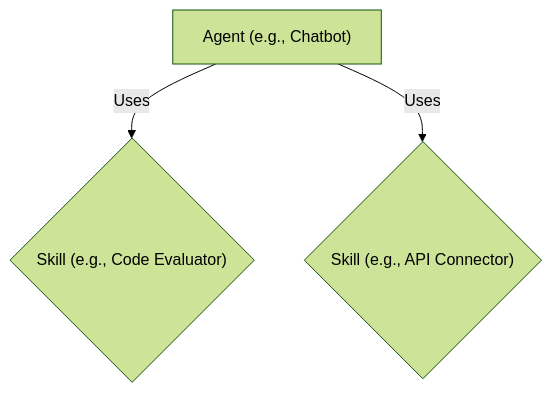
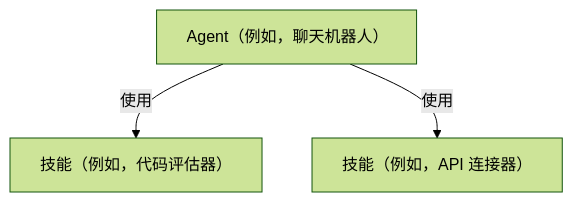
The first of 2 diagrams in packages/cli/docs/core-concepts-agents-and-skills.zh.md (AIGNE-io/aigne-framework), drawn with Mermaid (forest theme) before and after one commit. The commit also changed other lines of this file and 39 other files, not shown here.

````diff
--- a/packages/cli/docs/core-concepts-agents-and-skills.zh.md
+++ b/packages/cli/docs/core-concepts-agents-and-skills.zh.md
@@ -5,5 +9,5 @@
 ```mermaid
 graph TD;
-    A["Agent (e.g., Chatbot)"] -- "Uses" --> B{"Skill (e.g., Code Evaluator)"};
-    A["Agent (e.g., Chatbot)"] -- "Uses" --> C{"Skill (e.g., API Connector)"};
+    A["Agent（例如，聊天机器人）"] -- "使用" --> B["技能（例如，代码评估器）"];
+    A["Agent（例如，聊天机器人）"] -- "使用" --> C["技能（例如，API 连接器）"];
 ```
````
